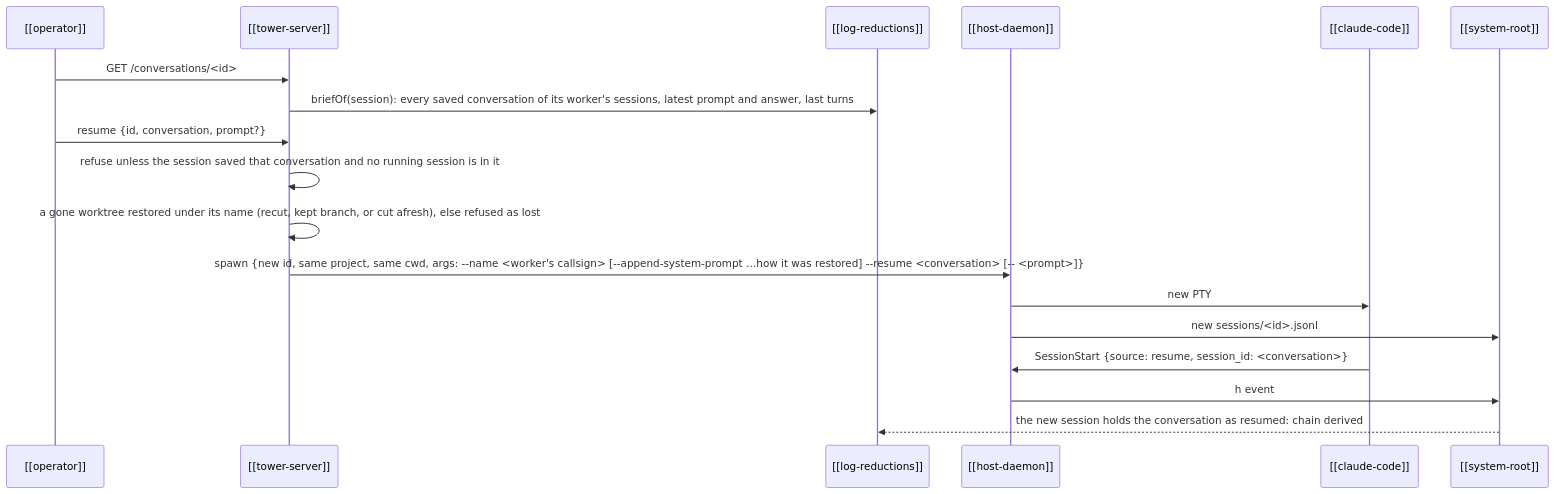
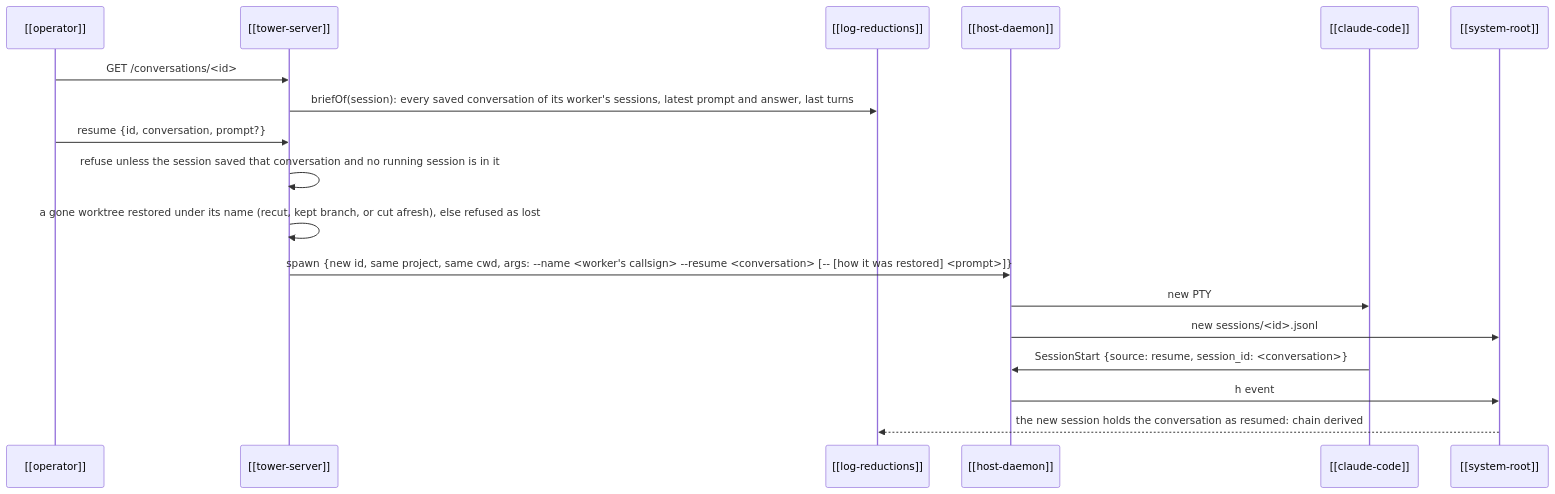
Before and after one commit to RegiByte/the-tower: the diagram in kb/entities/flows/resume.md, drawn with Mermaid. The commit also changed other lines of this file and 12 other files, not shown here.

First line of the commit message:
A resume that restored a worktree says so in its prompt

````diff
--- a/kb/entities/flows/resume.md
+++ b/kb/entities/flows/resume.md
@@ -12,20 +12,20 @@
 ```mermaid
 sequenceDiagram
   participant O as [[operator]]
   participant T as [[tower-server]]
   participant F as [[log-reductions]]
   participant H as [[host-daemon]]
   participant C as [[claude-code]]
   participant R as [[system-root]]
   O->>T: GET /conversations/<id>
   T->>F: briefOf(session): every saved conversation of its worker's sessions, latest prompt and answer, last turns
   O->>T: resume {id, conversation, prompt?}
   T->>T: refuse unless the session saved that conversation and no running session is in it
   T->>T: a gone worktree restored under its name (recut, kept branch, or cut afresh), else refused as lost
-  T->>H: spawn {new id, same project, same cwd, args: --name <worker's callsign> [--append-system-prompt …how it was restored] --resume <conversation> [-- <prompt>]}
+  T->>H: spawn {new id, same project, same cwd, args: --name <worker's callsign> --resume <conversation> [-- [how it was restored] <prompt>]}
   H->>C: new PTY
   H->>R: new sessions/<id>.jsonl
   C->>H: SessionStart {source: resume, session_id: <conversation>}
   H->>R: h event
   R-->>F: the new session holds the conversation as resumed: chain derived
 ```
````
